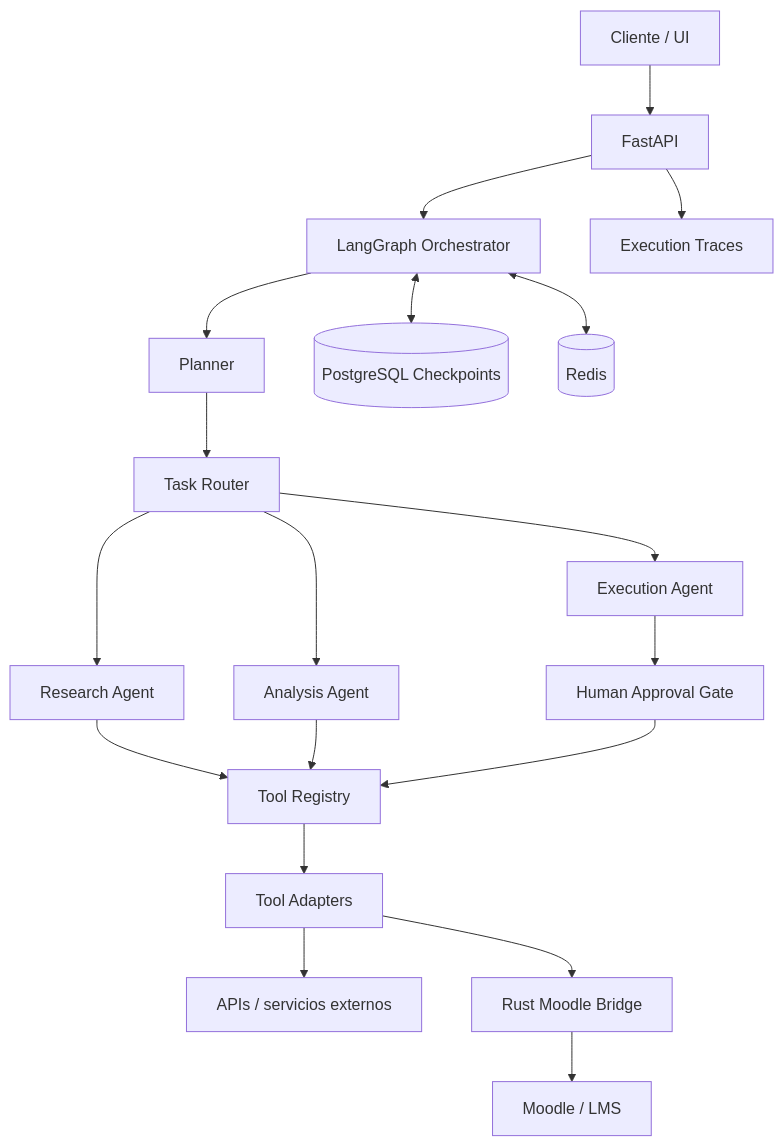
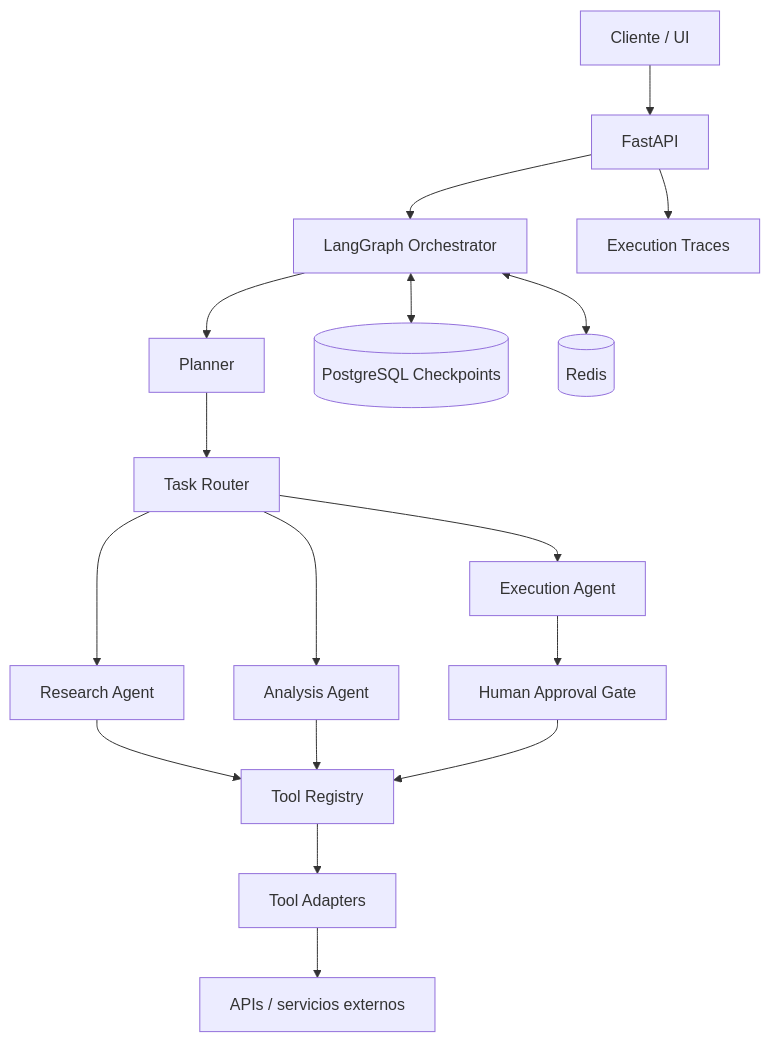
Before and after one commit to jgomezaTI/agent-lab: the diagram in README.md, drawn with Mermaid. The commit also changed other lines of this file and 5 other files, not shown here.

Commit message:
second commit architecture

````diff
--- a/README.md
+++ b/README.md
@@ -66,21 +66,19 @@
 ```mermaid
 flowchart TB
     CLIENT[Cliente / UI] --> API[FastAPI]
     API --> ORCH[LangGraph Orchestrator]
     ORCH --> PLAN[Planner]
     PLAN --> ROUTER[Task Router]
     ROUTER --> RESEARCH[Research Agent]
     ROUTER --> ANALYST[Analysis Agent]
     ROUTER --> EXEC[Execution Agent]
     RESEARCH --> TOOLS[Tool Registry]
     ANALYST --> TOOLS
     EXEC --> APPROVAL[Human Approval Gate]
     APPROVAL --> TOOLS
     TOOLS --> ADAPTERS[Tool Adapters]
     ADAPTERS --> EXT[APIs / servicios externos]
-    ADAPTERS --> MOODLE_BRIDGE[Rust Moodle Bridge]
-    MOODLE_BRIDGE --> MOODLE[Moodle / LMS]
     ORCH <--> STATE[(PostgreSQL Checkpoints)]
     ORCH <--> CACHE[(Redis)]
     API --> TRACE[Execution Traces]
 ```
````
